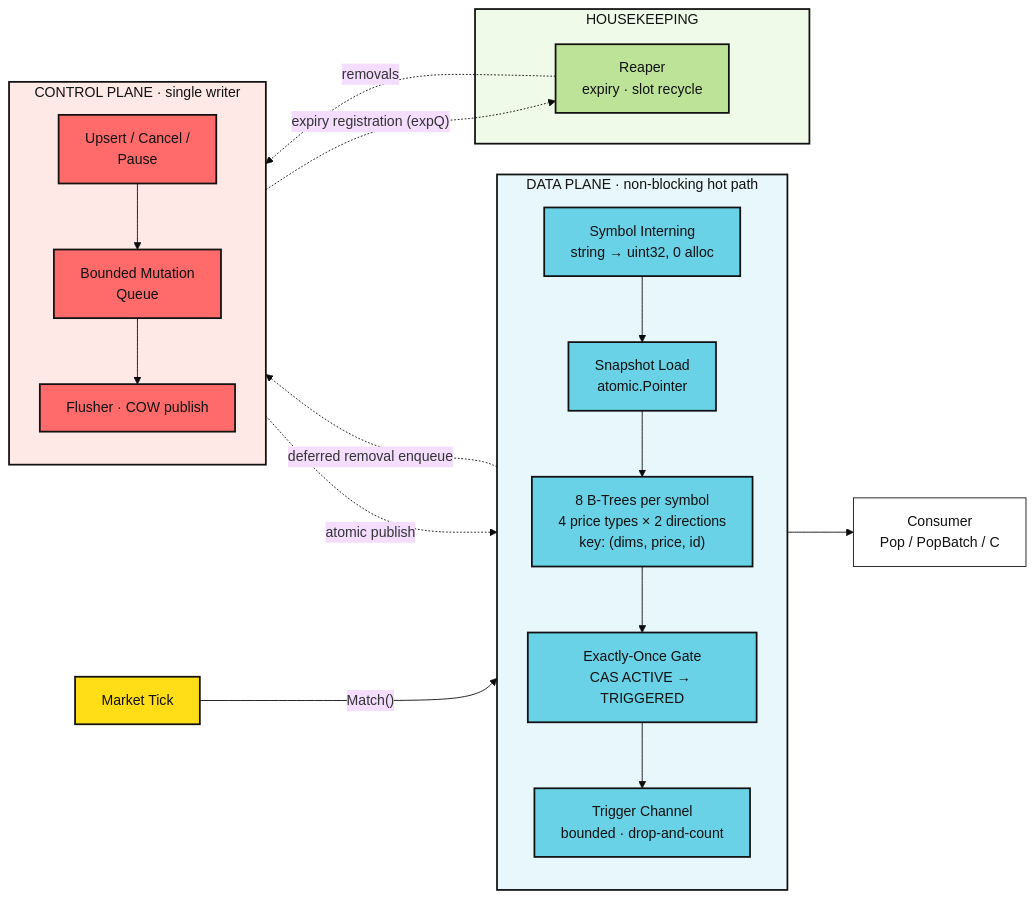
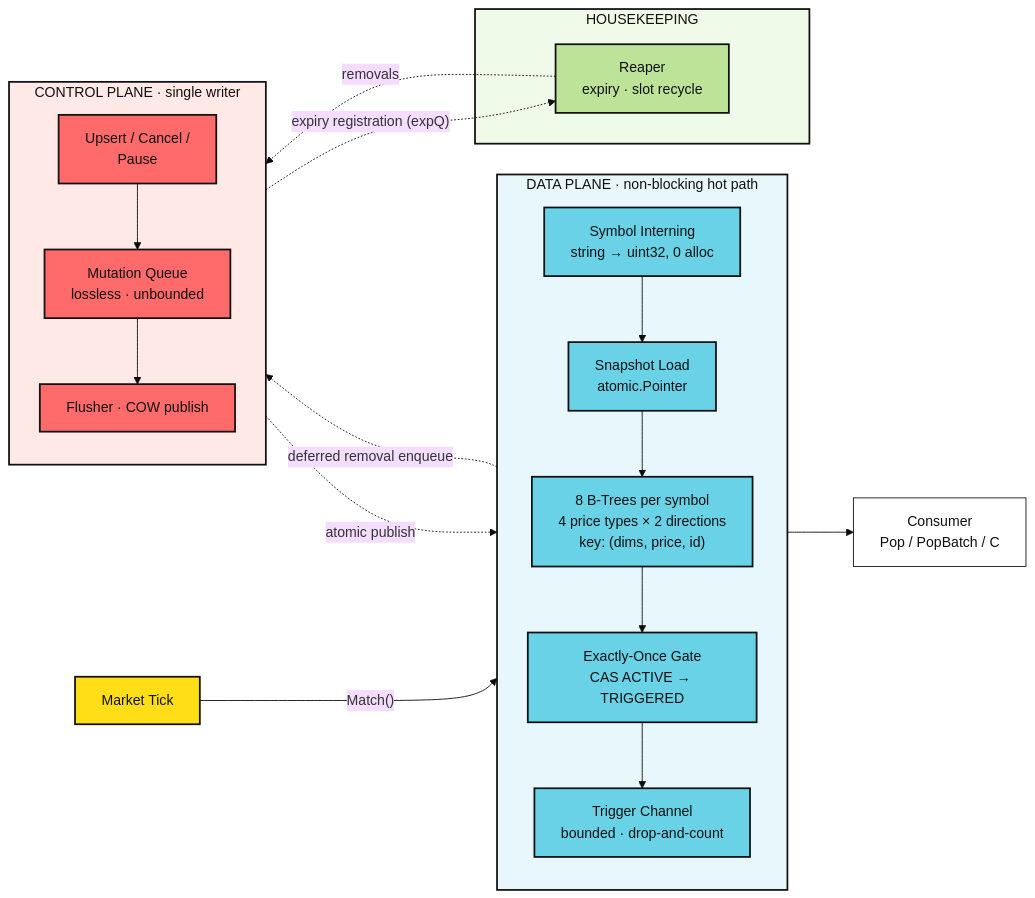
One commit to emirakts0/chrono-tree changed the diagram in README.md. Above: the diagram before and after it, drawn with Mermaid (base theme). The commit also changed other lines of this file, not shown here.

Commit message:
docs(readme): lossless mutation queue and gen-free expiry

````diff
--- a/README.md
+++ b/README.md
@@ -42,51 +42,51 @@
 ```mermaid
 flowchart LR
     T["Market Tick"]
 
     subgraph DP["DATA PLANE · non-blocking hot path"]
         direction TB
         IN["Symbol Interning<br/>string → uint32, 0 alloc"]
         SNAP["Snapshot Load<br/>atomic.Pointer"]
         TREES["8 B-Trees per symbol<br/>4 price types × 2 directions<br/>key: (dims, price, id)"]
         CAS["Exactly-Once Gate<br/>CAS ACTIVE → TRIGGERED"]
         RING["Trigger Channel<br/>bounded · drop-and-count"]
         IN --> SNAP --> TREES --> CAS --> RING
     end
 
     subgraph CP["CONTROL PLANE · single writer"]
         direction TB
         API["Upsert / Cancel /<br/>Pause"]
-        MQ["Bounded Mutation<br/>Queue"]
+        MQ["Mutation Queue<br/>lossless · unbounded"]
         FL["Flusher · COW publish"]
         API --> MQ --> FL
     end
 
     subgraph HK["HOUSEKEEPING"]
         RP["Reaper<br/>expiry · slot recycle"]
     end
 
     OUT["Consumer<br/>Pop / PopBatch / C"]
 
     T -- "Match()" --> IN
     RING --> OUT
     FL -. "atomic publish" .-> SNAP
     RP -. "removals" .-> MQ
     CAS -. "deferred removal enqueue" .-> MQ
     API -. "expiry registration (expQ)" .-> RP
 
     classDef input fill:#FFDE17,stroke:#111,stroke-width:2px,color:#111
     classDef data fill:#69D2E7,stroke:#111,stroke-width:2px,color:#111
     classDef control fill:#FF6B6B,stroke:#111,stroke-width:2px,color:#111
     classDef house fill:#BDE399,stroke:#111,stroke-width:2px,color:#111
     classDef comp fill:#ffffff,stroke:#111,stroke-width:1px,color:#111
 
     class T input
     class IN,SNAP,TREES,CAS,RING data
     class API,MQ,FL control
     class RP house
     class OUT comp
 
     style DP fill:#E8F7FB,stroke:#111,stroke-width:2px,color:#111
     style CP fill:#FFE9E7,stroke:#111,stroke-width:2px,color:#111
     style HK fill:#F0FAE9,stroke:#111,stroke-width:2px,color:#111
 ```
````
